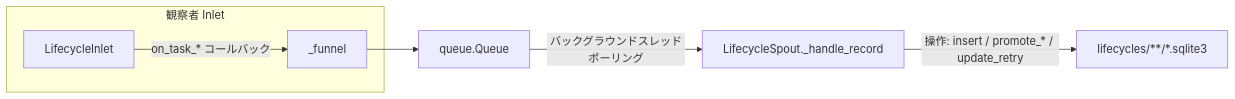
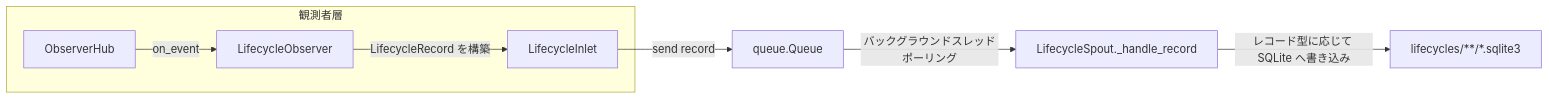
The diagram in docs/ja/src/persist/core_lifecycle.md (Mr-xiaotian/CelestialFlow), drawn with Mermaid before and after one commit. The commit also changed other lines of this file and 176 other files, not shown here.

````diff
--- a/docs/ja/src/persist/core_lifecycle.md
+++ b/docs/ja/src/persist/core_lifecycle.md
@@ -11,10 +13,10 @@
 ```mermaid
 flowchart LR
-    subgraph Producer["観察者 Inlet"]
-        Inlet[LifecycleInlet]
-        Inlet -->|on_task_* コールバック| Funnel[_funnel]
+    subgraph EventLayer["観測者層"]
+        Hub[ObserverHub] -->|on_event| Obs[LifecycleObserver]
+        Obs -->|LifecycleRecord を構築| Inlet[LifecycleInlet]
     end
-    Funnel --> Queue[queue.Queue]
+    Inlet -->|send record| Queue[queue.Queue]
     Queue -->|バックグラウンドスレッドポーリング| Spout[LifecycleSpout._handle_record]
-    Spout -->|操作: insert / promote_* / update_retry| SQLite[lifecycles/**/*.sqlite3]
+    Spout -->|レコード型に応じて SQLite へ書き込み| DB[lifecycles/**/*.sqlite3]
 ```
````
